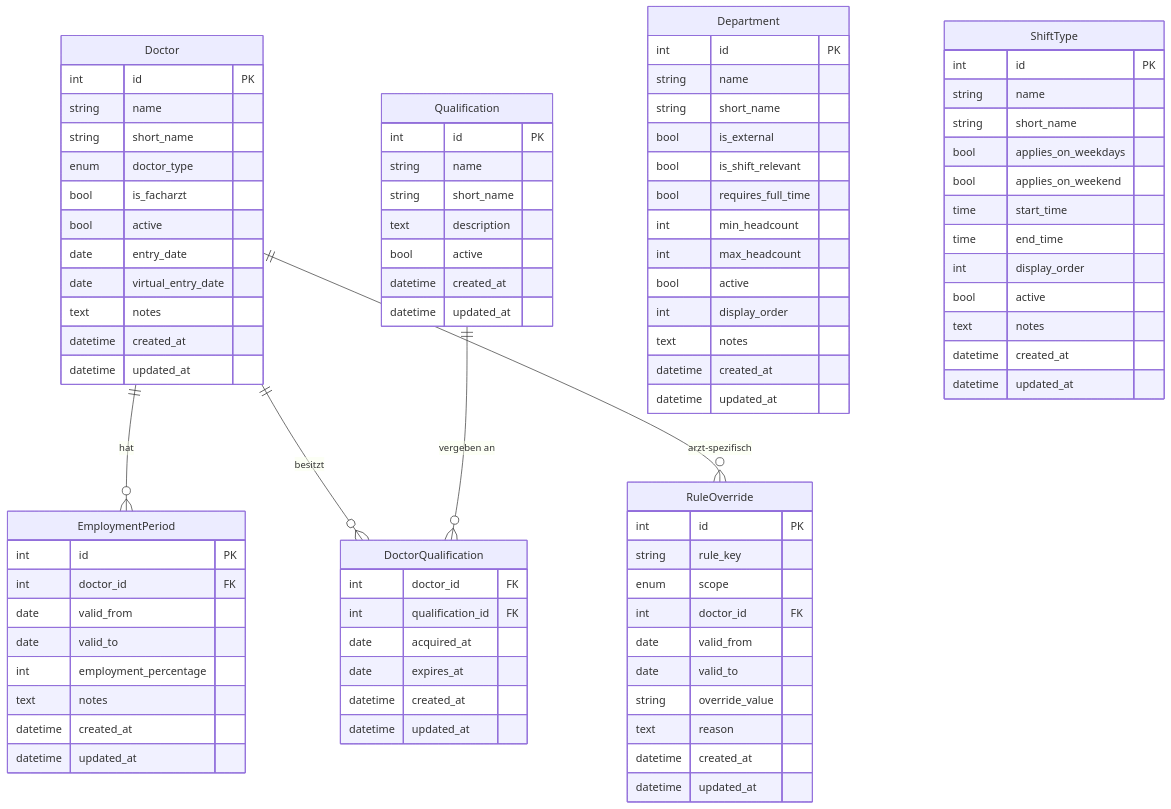
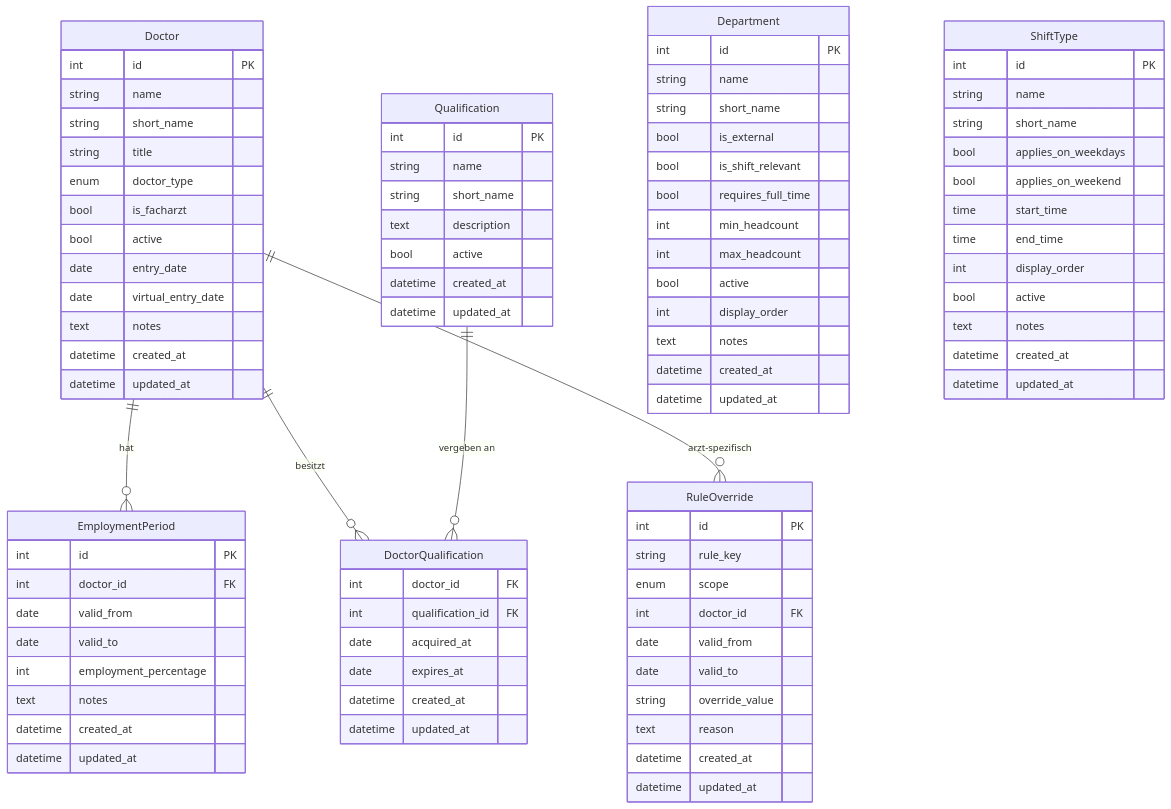
One commit to xaxas-dev/dienstplaner changed the first of 2 diagrams in docs/data-model.md. Above: the diagram before and after it, drawn with Mermaid. The commit also changed other lines of this file and 5 other files, not shown here.

```diff
--- a/docs/data-model.md
+++ b/docs/data-model.md
@@ -12,6 +12,7 @@
         int id PK
         string name
         string short_name
+        string title
         enum doctor_type
         bool is_facharzt
         bool active
```
